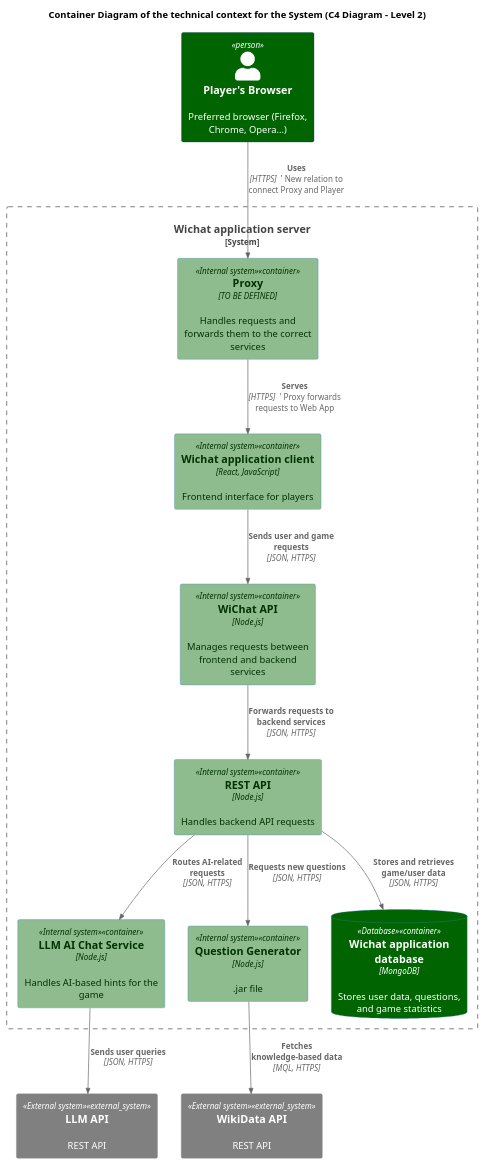
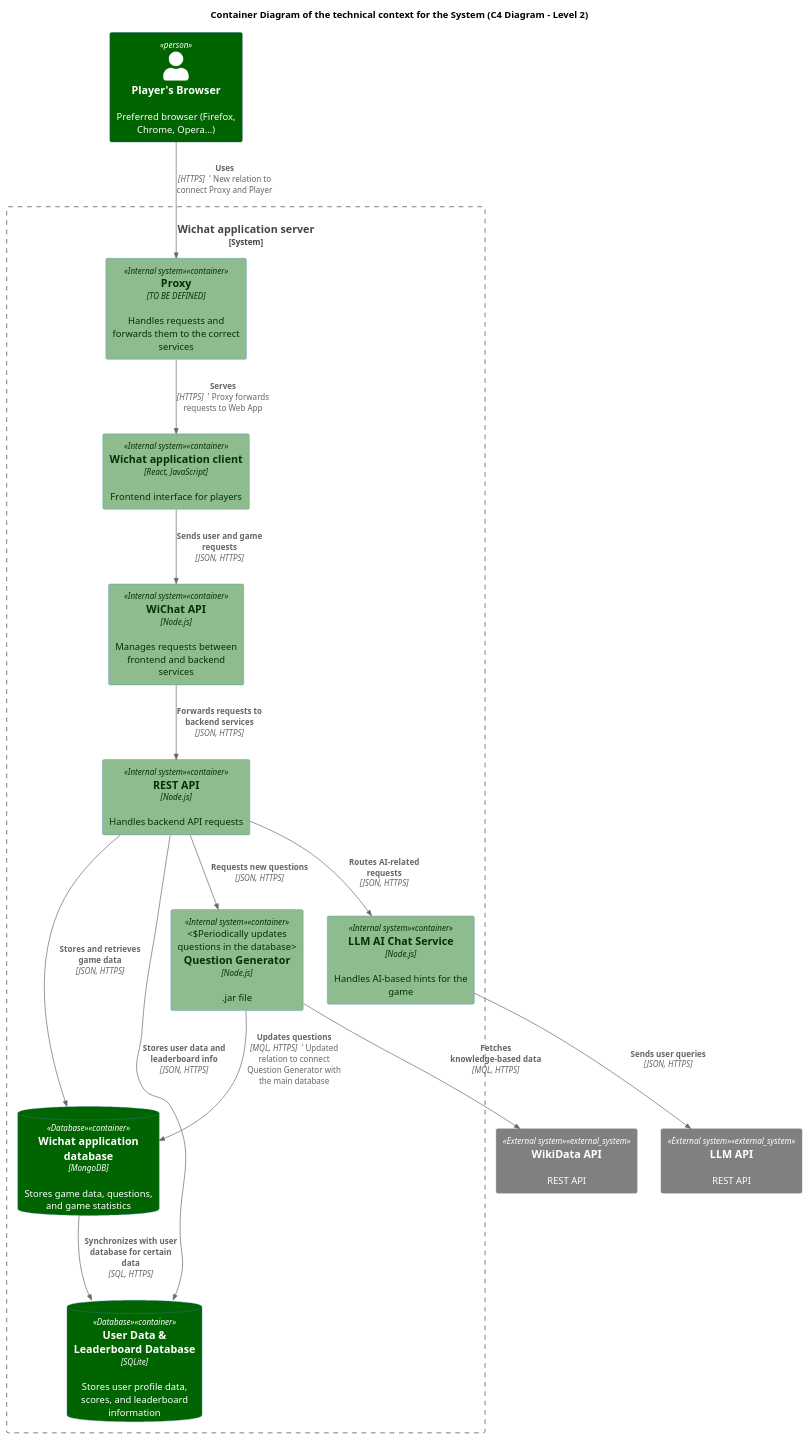
Before and after one commit to Arquisoft/wichat_en1a: the diagram in docs/src/diagrams/C4_technical_context_diagram.puml, drawn with PlantUML. The commit also changed 1 other file, not shown here.

Commit message:
Fix changes in the diagrams

```diff
--- a/docs/src/diagrams/C4_technical_context_diagram.puml
+++ b/docs/src/diagrams/C4_technical_context_diagram.puml
@@ -1,42 +1,48 @@
 @startuml C4_Technical_Context_Diagram
 !includeurl https://raw.githubusercontent.com/RicardoNiepel/C4-PlantUML/master/C4_Container.puml
 !include <c4/C4_Context.puml>
 
 title Container Diagram of the technical context for the System (C4 Diagram - Level 2)
 AddElementTag("Person", $bgColor="#darkgreen", $fontColor="#white")
 AddElementTag("Internal system", $bgColor="#darkseagreen", $fontColor="#003300")
 AddElementTag("External system", $bgColor="#gray", $fontColor="#white")
 AddElementTag("Database", $bgColor="#darkgreen", $fontColor="#white")
 
 'Containers
 Person(player, "Player's Browser", "Preferred browser (Firefox, Chrome, Opera...)")
 
 System_Boundary(wichat, "Wichat application server") {
     Container(proxy, "Proxy", "TO BE DEFINED", "Handles requests and forwards them to the correct services", $tags="Internal system")
     Container(web_app, "Wichat application client", "React, JavaScript", "Frontend interface for players", $tags="Internal system")
 
     Container(api_gateway, "WiChat API", "Node.js", "Manages requests between frontend and backend services", $tags="Internal system")
     Container(rest_api, "REST API", "Node.js", "Handles backend API requests", $tags="Internal system")
 
     Container(llm_service, "LLM AI Chat Service", "Node.js", "Handles AI-based hints for the game", $tags="Internal system")
-    Container(question_generator, "Question Generator", "Node.js", ".jar file", $tags="Internal system")
+    Container(question_generator, "Question Generator", "Node.js", ".jar file", "Periodically updates questions in the database", $tags="Internal system")
 
-    ContainerDb(database, "Wichat application database", "MongoDB", "Stores user data, questions, and game statistics", $tags="Database")
+    ContainerDb(main_database, "Wichat application database", "MongoDB", "Stores game data, questions, and game statistics", $tags="Database")
+    ContainerDb(user_database, "User Data & Leaderboard Database", "SQLite", "Stores user profile data, scores, and leaderboard information", $tags="Database")
 }
 
 System_Ext(wikidata, "WikiData API", "REST API", $tags="External system")
 System_Ext(llm_api, "LLM API", "REST API", $tags="External system")
 
 'RELATIONS
 Rel(player, proxy, "Uses", "HTTPS")  ' New relation to connect Proxy and Player
 Rel(proxy, web_app, "Serves", "HTTPS")  ' Proxy forwards requests to Web App
 Rel(web_app, api_gateway, "Sends user and game requests", "JSON, HTTPS")
 Rel(api_gateway, rest_api, "Forwards requests to backend services", "JSON, HTTPS")
 
 Rel(rest_api, llm_service, "Routes AI-related requests", "JSON, HTTPS")
-Rel(rest_api, database, "Stores and retrieves game/user data", "JSON, HTTPS")
+Rel(rest_api, main_database, "Stores and retrieves game data", "JSON, HTTPS")
 Rel(rest_api, question_generator, "Requests new questions", "JSON, HTTPS")
 
+Rel(question_generator, main_database, "Updates questions", "MQL, HTTPS")  ' Updated relation to connect Question Generator with the main database
 Rel(question_generator, wikidata, "Fetches knowledge-based data", "MQL, HTTPS")
 Rel(llm_service, llm_api, "Sends user queries", "JSON, HTTPS")
+
+' User database connections
+Rel(rest_api, user_database, "Stores user data and leaderboard info", "JSON, HTTPS")
+Rel(main_database, user_database, "Synchronizes with user database for certain data", "SQL, HTTPS")
 @enduml
```
